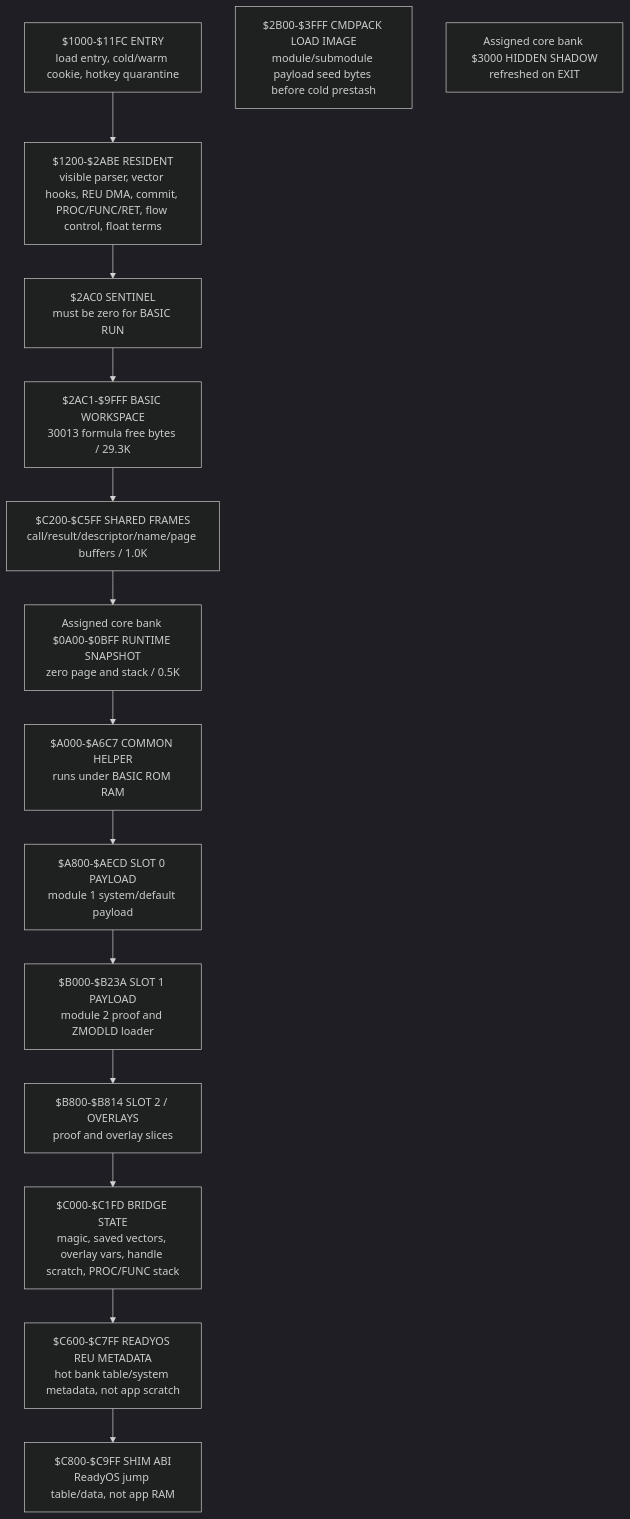
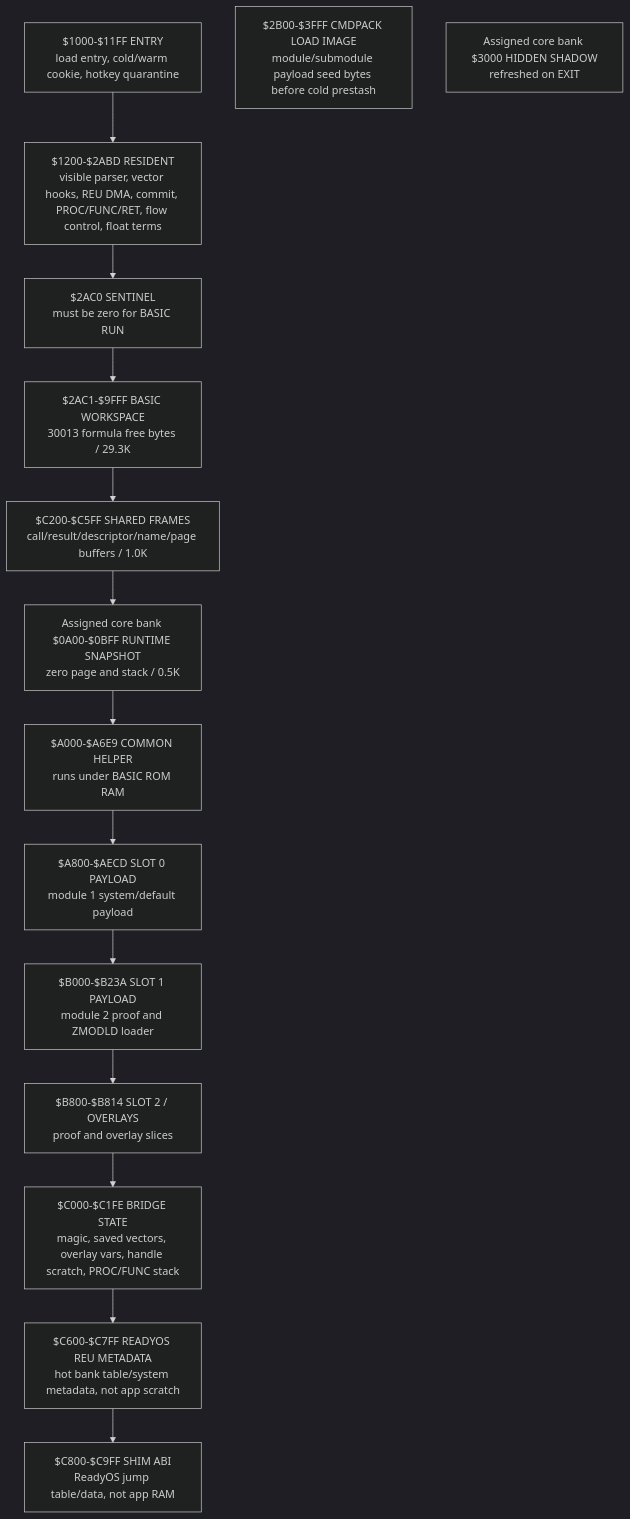
The first of 8 diagrams in src/apps/readybasic/READYBASIC_LIFECYCLE_AND_REU_ARCHITECTURE.md (ReadyOS-C64/ReadyOs), drawn with Mermaid (dark theme) before and after one commit. The commit also changed other lines of this file and 90 other files, not shown here.

````diff
--- a/src/apps/readybasic/READYBASIC_LIFECYCLE_AND_REU_ARCHITECTURE.md
+++ b/src/apps/readybasic/READYBASIC_LIFECYCLE_AND_REU_ARCHITECTURE.md
@@ -140,21 +140,21 @@
 ```mermaid
 flowchart TB
-  A["$1000-$11FC ENTRY<br/>load entry, cold/warm cookie, hotkey quarantine"]
-  B["$1200-$2ABE RESIDENT<br/>visible parser, vector hooks, REU DMA, commit, PROC/FUNC/RET, flow control, float terms"]
+  A["$1000-$11FF ENTRY<br/>load entry, cold/warm cookie, hotkey quarantine"]
+  B["$1200-$2ABD RESIDENT<br/>visible parser, vector hooks, REU DMA, commit, PROC/FUNC/RET, flow control, float terms"]
   C["$2AC0 SENTINEL<br/>must be zero for BASIC RUN"]
   D["$2AC1-$9FFF BASIC WORKSPACE<br/>30013 formula free bytes / 29.3K"]
   E["$2B00-$3FFF CMDPACK LOAD IMAGE<br/>module/submodule payload seed bytes before cold prestash"]
   F["Assigned core bank $0A00-$0BFF RUNTIME SNAPSHOT<br/>zero page and stack / 0.5K"]
   G["$C200-$C5FF SHARED FRAMES<br/>call/result/descriptor/name/page buffers / 1.0K"]
   I["Assigned core bank $3000 HIDDEN SHADOW<br/>refreshed on EXIT"]
-  J["$A000-$A6C7 COMMON HELPER<br/>runs under BASIC ROM RAM"]
+  J["$A000-$A6E9 COMMON HELPER<br/>runs under BASIC ROM RAM"]
   K["$A800-$AECD SLOT 0 PAYLOAD<br/>module 1 system/default payload"]
   O["$B000-$B23A SLOT 1 PAYLOAD<br/>module 2 proof and ZMODLD loader"]
   P["$B800-$B814 SLOT 2 / OVERLAYS<br/>proof and overlay slices"]
-  L["$C000-$C1FD BRIDGE STATE<br/>magic, saved vectors, overlay vars, handle scratch, PROC/FUNC stack"]
+  L["$C000-$C1FE BRIDGE STATE<br/>magic, saved vectors, overlay vars, handle scratch, PROC/FUNC stack"]
   M["$C600-$C7FF READYOS REU METADATA<br/>hot bank table/system metadata, not app scratch"]
   N["$C800-$C9FF SHIM ABI<br/>ReadyOS jump table/data, not app RAM"]
 
   A --> B --> C --> D --> G
   G --> F --> J --> K --> O --> P --> L --> M --> N
 ```
````
